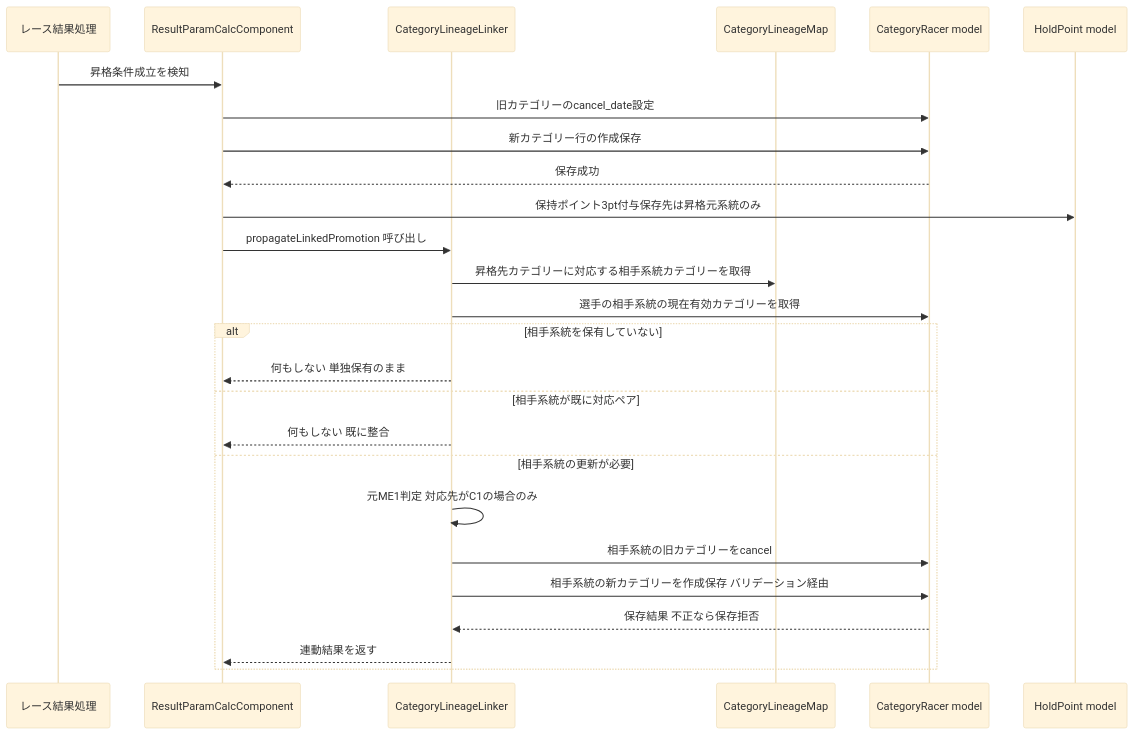
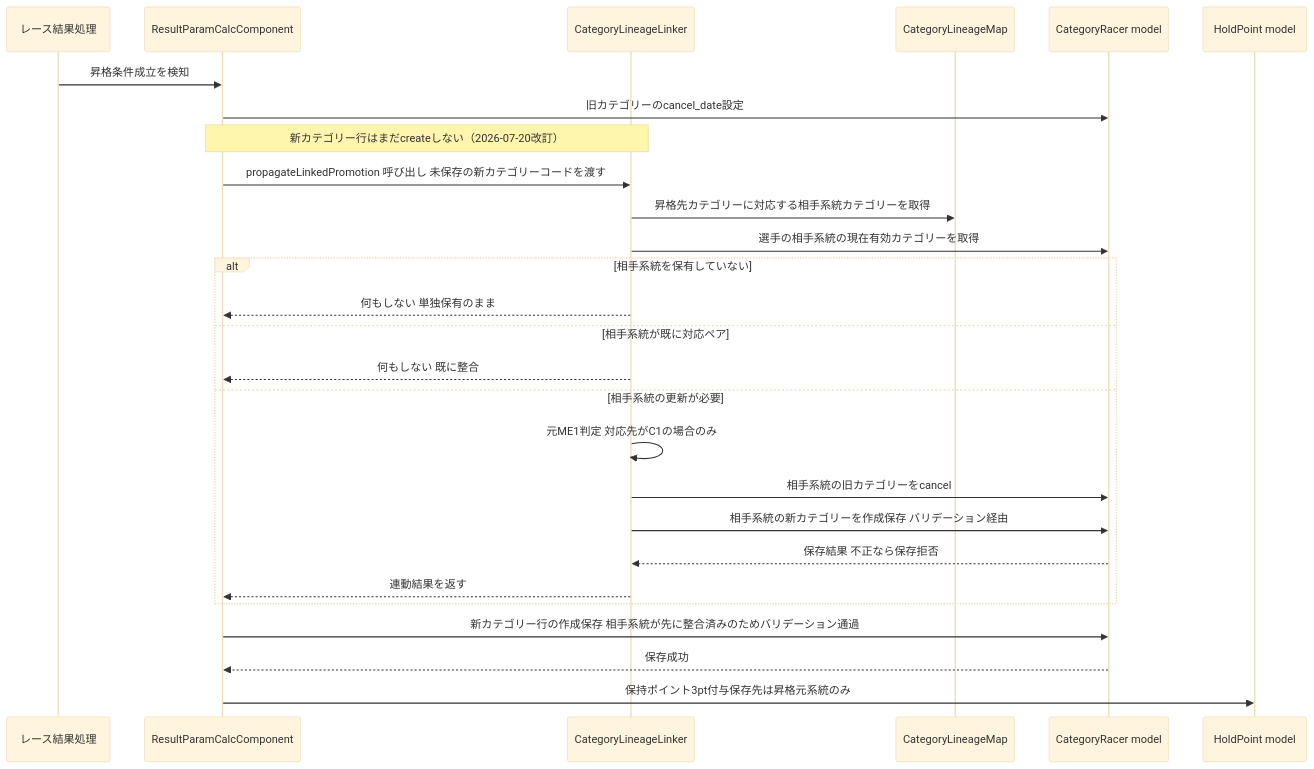
The second of 3 diagrams in .kiro/specs/me-mm-linkage-2026-27/design.md (cyclox-dev/cyclox2_docker), drawn with Mermaid (base theme) before and after one commit. The commit also changed other lines of this file and 4 other files, not shown here.

````diff
--- a/.kiro/specs/me-mm-linkage-2026-27/design.md
+++ b/.kiro/specs/me-mm-linkage-2026-27/design.md
@@ -209,29 +209,30 @@
 ```mermaid
 sequenceDiagram
     participant Race as レース結果処理
     participant RPC as ResultParamCalcComponent
     participant Linker as CategoryLineageLinker
     participant Map as CategoryLineageMap
     participant CR as CategoryRacer model
     participant HP as HoldPoint model
 
     Race->>RPC: 昇格条件成立を検知
     RPC->>CR: 旧カテゴリーのcancel_date設定
-    RPC->>CR: 新カテゴリー行の作成保存
-    CR-->>RPC: 保存成功
-    RPC->>HP: 保持ポイント3pt付与保存先は昇格元系統のみ
-    RPC->>Linker: propagateLinkedPromotion 呼び出し
+    Note over RPC,Linker: 新カテゴリー行はまだcreateしない（2026-07-20改訂）
+    RPC->>Linker: propagateLinkedPromotion 呼び出し 未保存の新カテゴリーコードを渡す
     Linker->>Map: 昇格先カテゴリーに対応する相手系統カテゴリーを取得
     Linker->>CR: 選手の相手系統の現在有効カテゴリーを取得
     alt 相手系統を保有していない
         Linker-->>RPC: 何もしない 単独保有のまま
     else 相手系統が既に対応ペア
         Linker-->>RPC: 何もしない 既に整合
     else 相手系統の更新が必要
         Linker->>Linker: 元ME1判定 対応先がC1の場合のみ
         Linker->>CR: 相手系統の旧カテゴリーをcancel
         Linker->>CR: 相手系統の新カテゴリーを作成保存 バリデーション経由
         CR-->>Linker: 保存結果 不正なら保存拒否
         Linker-->>RPC: 連動結果を返す
     end
+    RPC->>CR: 新カテゴリー行の作成保存 相手系統が先に整合済みのためバリデーション通過
+    CR-->>RPC: 保存成功
+    RPC->>HP: 保持ポイント3pt付与保存先は昇格元系統のみ
 ```
````
